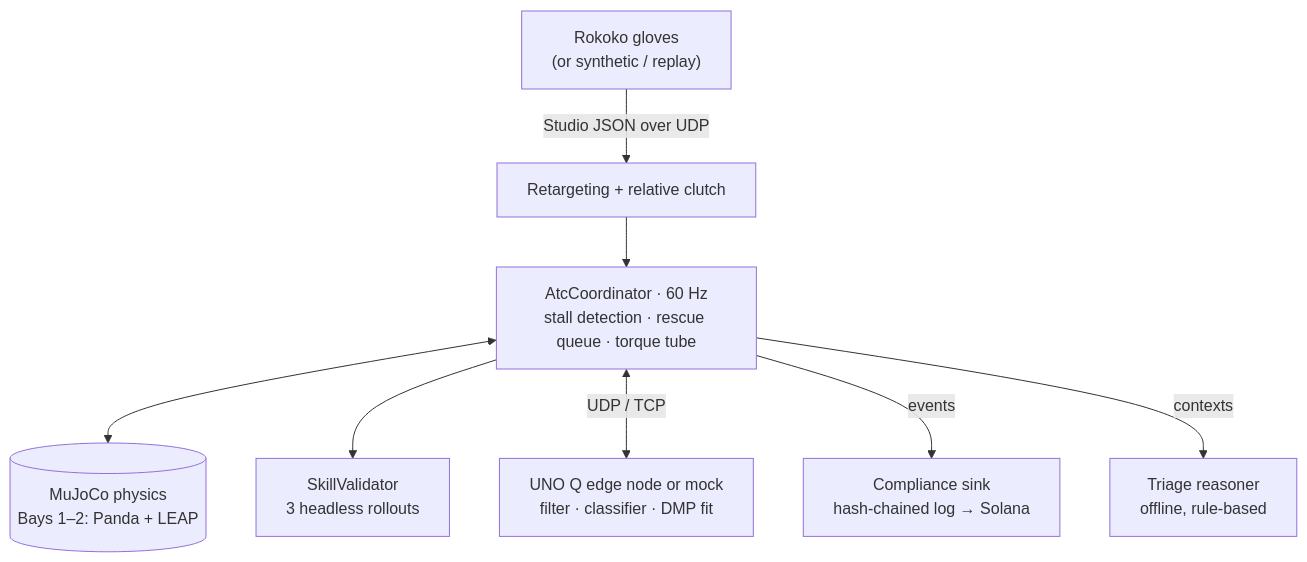
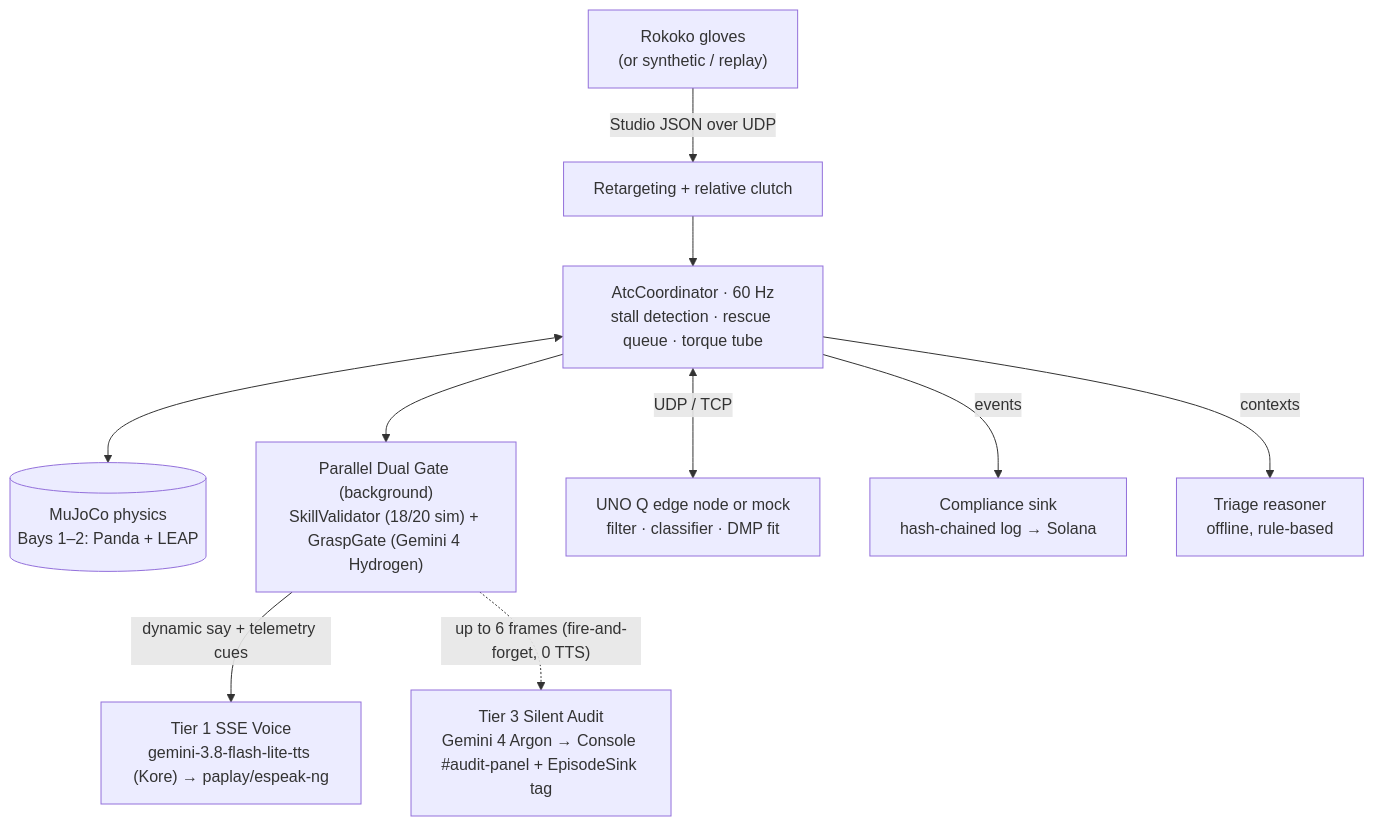
One commit to Mr-Moody/Dex-ET2 changed the first of 3 diagrams in README.md. Above: the diagram before and after it, drawn with Mermaid. The commit also changed other lines of this file and 44 other files, not shown here.

First line of the commit message:
feat(atc): three-tier Gemini operator copilot (grasp gate, Argon audit, console audit card) (#100)

````diff
--- a/README.md
+++ b/README.md
@@ -23,19 +34,23 @@
 ```mermaid
 flowchart TD
     GLOVES["Rokoko gloves<br/>(or synthetic / replay)"]
     RET["Retargeting + relative clutch"]
     COORD["AtcCoordinator · 60 Hz<br/>stall detection · rescue queue · torque tube"]
     PHYS[("MuJoCo physics<br/>Bays 1–2: Panda + LEAP")]
-    GATE["SkillValidator<br/>3 headless rollouts"]
+    GATE["Parallel Dual Gate (background)<br/>SkillValidator (18/20 sim) + GraspGate (Gemini 4 Hydrogen)"]
+    TTS["Tier 1 SSE Voice<br/>gemini-3.8-flash-lite-tts (Kore) → paplay/espeak-ng"]
+    AUDIT["Tier 3 Silent Audit<br/>Gemini 4 Argon → Console #audit-panel + EpisodeSink tag"]
     UNOQ["UNO Q edge node or mock<br/>filter · classifier · DMP fit"]
     SOL["Compliance sink<br/>hash-chained log → Solana"]
     TRI["Triage reasoner<br/>offline, rule-based"]
 
     GLOVES -->|"Studio JSON over UDP"| RET
     RET --> COORD
     COORD <--> PHYS
     COORD --> GATE
+    GATE -->|"dynamic say + telemetry cues"| TTS
+    GATE -.->|"up to 6 frames (fire-and-forget, 0 TTS)"| AUDIT
     COORD <-->|"UDP / TCP"| UNOQ
     COORD -->|"events"| SOL
     COORD -->|"contexts"| TRI
 ```
````
